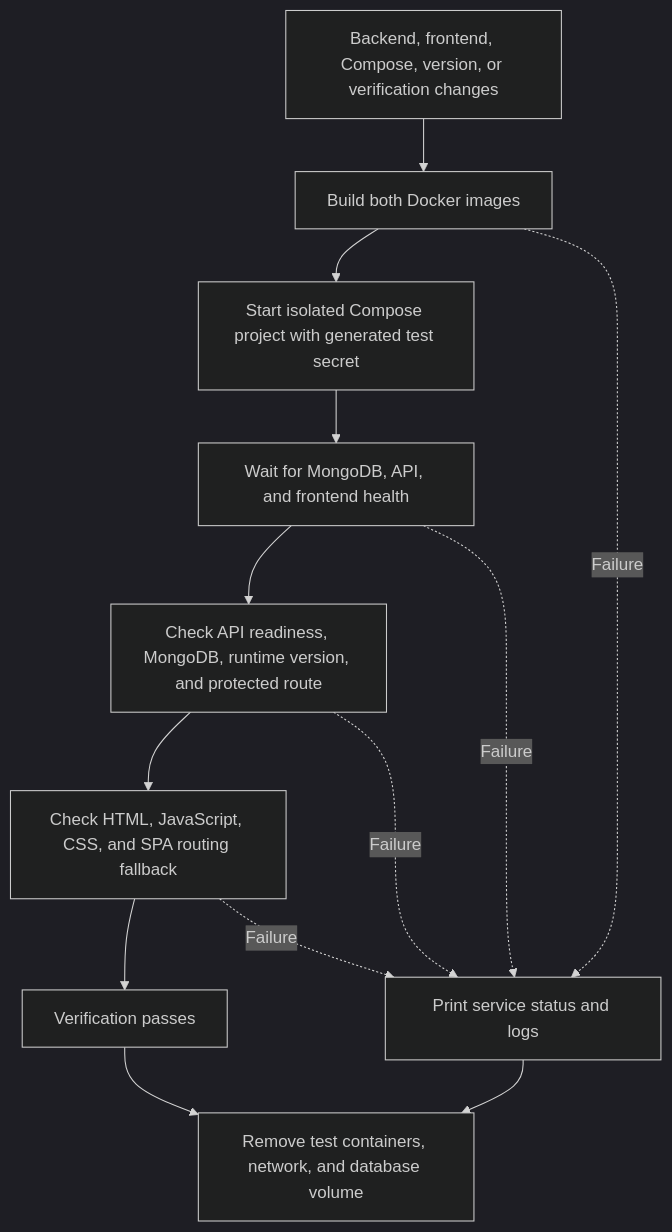
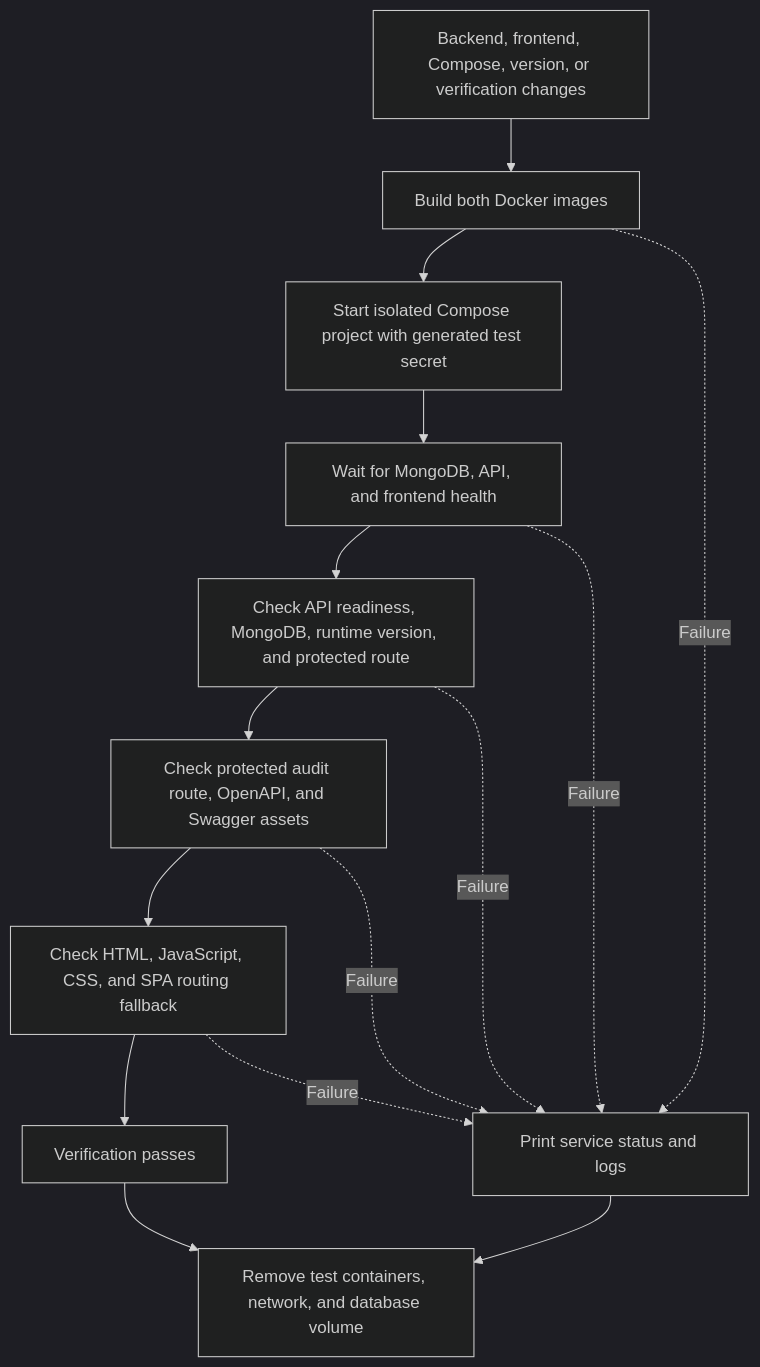
One commit to herve192-hub/WorkSphere changed diagram 32 of 52 in README.md. Above: the diagram before and after it, drawn with Mermaid (dark theme). The commit also changed other lines of this file and 51 other files, not shown here.

Commit message:
added audit history, API documentation, transactions, and supporting tests/configuration

````diff
--- a/README.md
+++ b/README.md
@@ -1436,15 +1552,17 @@
 ```mermaid
 flowchart TD
     Trigger["Backend, frontend, Compose, version, or verification changes"] --> Build["Build both Docker images"]
     Build --> Start["Start isolated Compose project with generated test secret"]
     Start --> Health["Wait for MongoDB, API, and frontend health"]
     Health --> API["Check API readiness, MongoDB, runtime version, and protected route"]
-    API --> Web["Check HTML, JavaScript, CSS, and SPA routing fallback"]
+    API --> Docs["Check protected audit route, OpenAPI, and Swagger assets"]
+    Docs --> Web["Check HTML, JavaScript, CSS, and SPA routing fallback"]
     Web --> Pass["Verification passes"]
     Build -.->|Failure| Logs["Print service status and logs"]
     Health -.->|Failure| Logs
     API -.->|Failure| Logs
+    Docs -.->|Failure| Logs
     Web -.->|Failure| Logs
     Pass --> Cleanup["Remove test containers, network, and database volume"]
     Logs --> Cleanup
 ```
````
